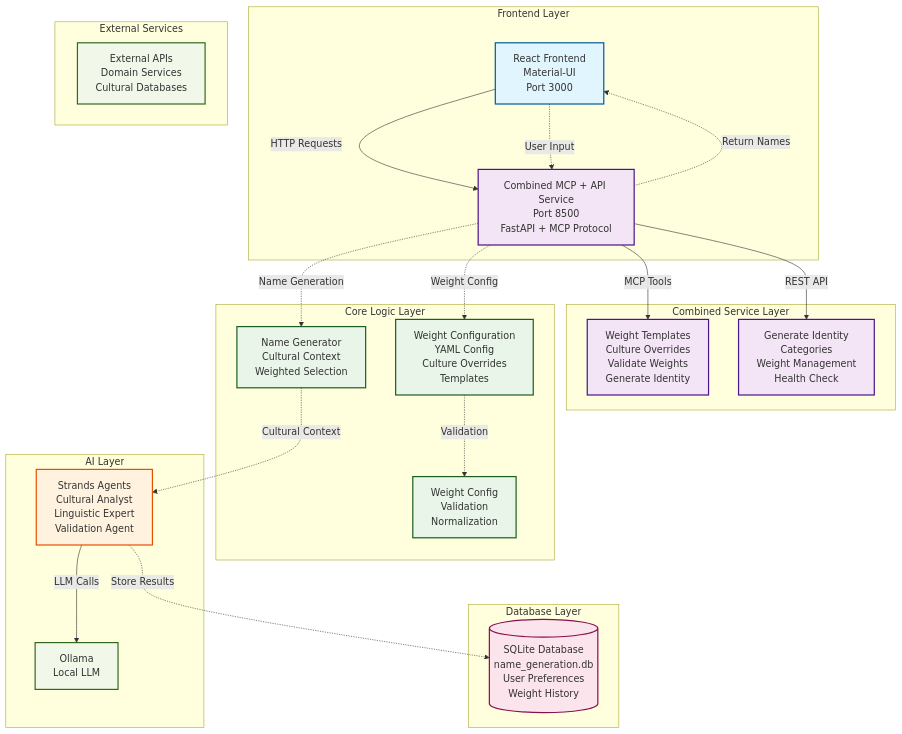
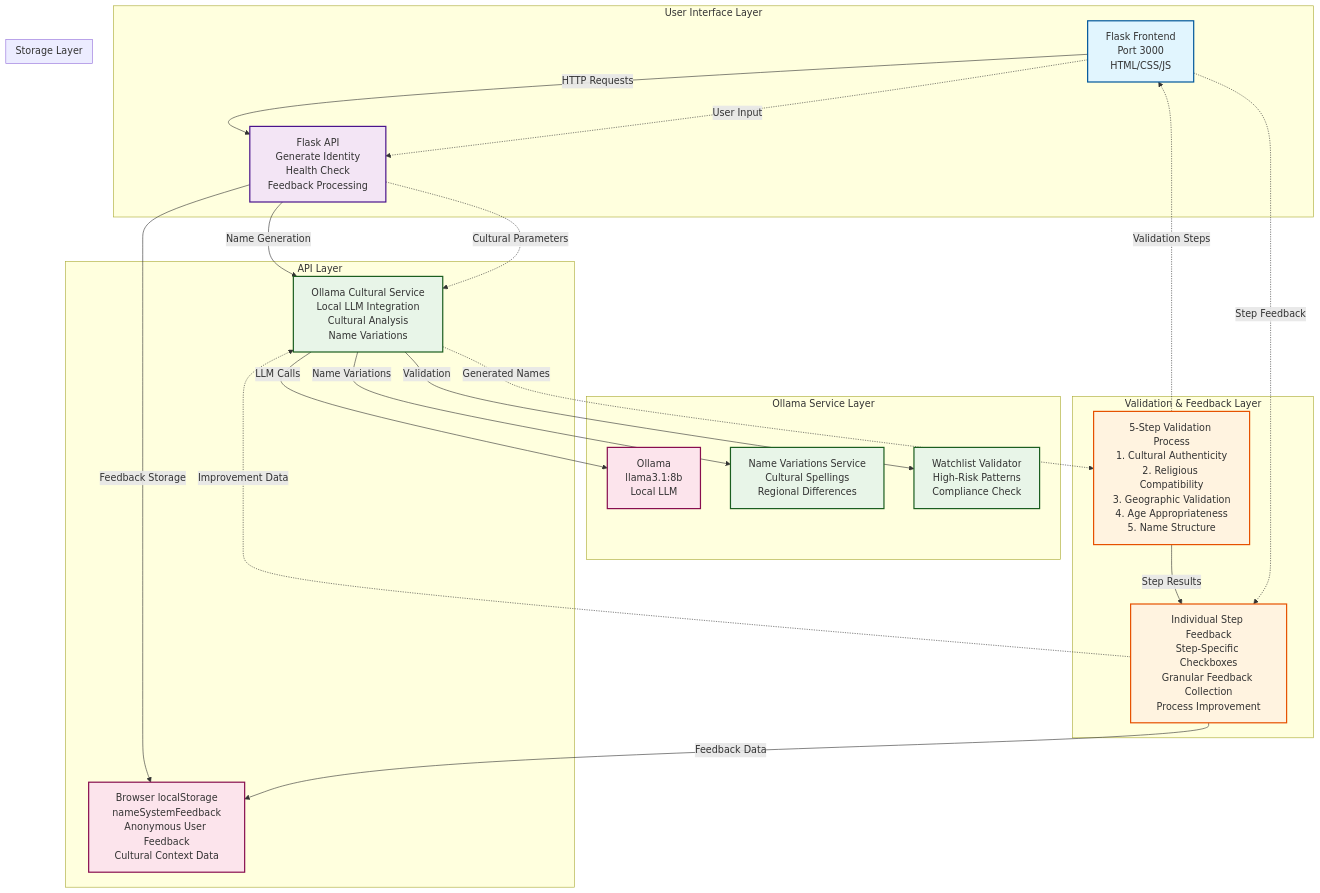
Before and after one commit to goagiq/NAME: the first of 4 diagrams in README.md, drawn with Mermaid. The commit also changed other lines of this file, not shown here.

First line of the commit message:
docs: Update README with comprehensive Mermaid diagrams for individual validation step feedback system

````diff
--- a/README.md
+++ b/README.md
@@ -7,63 +7,59 @@
 ```mermaid
 graph TB
-    %% Frontend Layer
-    subgraph "Frontend Layer"
-        UI[React Frontend<br/>Material-UI<br/>Port 3000]
-        UI -->|HTTP Requests| COMBINED
+    %% User Interface Layer
+    subgraph "User Interface Layer"
+        UI[Flask Frontend<br/>Port 3000<br/>HTML/CSS/JS]
+        UI -->|HTTP Requests| API
     end
     
-    %% Combined Service Layer
-    subgraph "Combined Service Layer"
-        COMBINED[Combined MCP + API Service<br/>Port 8500<br/>FastAPI + MCP Protocol]
-        COMBINED -->|MCP Tools| MCP_TOOLS[Weight Templates<br/>Culture Overrides<br/>Validate Weights<br/>Generate Identity]
-        COMBINED -->|REST API| API_ENDPOINTS[Generate Identity<br/>Categories<br/>Weight Management<br/>Health Check]
+    %% API Layer
+    subgraph "API Layer"
+        API[Flask API<br/>Generate Identity<br/>Health Check<br/>Feedback Processing]
+        API -->|Name Generation| OLLAMA_SERVICE
+        API -->|Feedback Storage| LOCAL_STORAGE
     end
     
-    %% Core Logic Layer
-    subgraph "Core Logic Layer"
-        WG[Weight Configuration<br/>YAML Config<br/>Culture Overrides<br/>Templates]
-        NG[Name Generator<br/>Cultural Context<br/>Weighted Selection]
-        WC[Weight Config<br/>Validation<br/>Normalization]
+    %% Ollama Service Layer
+    subgraph "Ollama Service Layer"
+        OLLAMA_SERVICE[Ollama Cultural Service<br/>Local LLM Integration<br/>Cultural Analysis<br/>Name Variations]
+        OLLAMA_SERVICE -->|LLM Calls| OLLAMA[Ollama<br/>llama3.1:8b<br/>Local LLM]
+        OLLAMA_SERVICE -->|Name Variations| NAME_VAR[Name Variations Service<br/>Cultural Spellings<br/>Regional Differences]
+        OLLAMA_SERVICE -->|Validation| WATCHLIST[Watchlist Validator<br/>High-Risk Patterns<br/>Compliance Check]
     end
     
-    %% AI Layer
-    subgraph "AI Layer"
-        SA[Strands Agents<br/>Cultural Analyst<br/>Linguistic Expert<br/>Validation Agent]
-        SA -->|LLM Calls| OLLAMA[Ollama<br/>Local LLM]
+    %% Validation & Feedback Layer
+    subgraph "Validation & Feedback Layer"
+        VALIDATION[5-Step Validation Process<br/>1. Cultural Authenticity<br/>2. Religious Compatibility<br/>3. Geographic Validation<br/>4. Age Appropriateness<br/>5. Name Structure]
+        
+        FEEDBACK[Individual Step Feedback<br/>Step-Specific Checkboxes<br/>Granular Feedback Collection<br/>Process Improvement]
+        
+        VALIDATION -->|Step Results| FEEDBACK
+        FEEDBACK -->|Feedback Data| LOCAL_STORAGE
     end
     
-    %% Database Layer
-    subgraph "Database Layer"
-        DB[(SQLite Database<br/>name_generation.db<br/>User Preferences<br/>Weight History)]
-    end
-    
-    %% External Services
-    subgraph "External Services"
-        OLLAMA
-        EXTERNAL[External APIs<br/>Domain Services<br/>Cultural Databases]
+    %% Storage Layer
+    subgraph "Storage Layer"
+        LOCAL_STORAGE[Browser localStorage<br/>nameSystemFeedback<br/>Anonymous User Feedback<br/>Cultural Context Data]
     end
     
     %% Data Flow
-    UI -.->|User Input| COMBINED
-    COMBINED -.->|Weight Config| WG
-    COMBINED -.->|Name Generation| NG
-    NG -.->|Cultural Context| SA
-    SA -.->|Store Results| DB
-    COMBINED -.->|Return Names| UI
-    WG -.->|Validation| WC
+    UI -.->|User Input| API
+    API -.->|Cultural Parameters| OLLAMA_SERVICE
+    OLLAMA_SERVICE -.->|Generated Names| VALIDATION
+    VALIDATION -.->|Validation Steps| UI
+    UI -.->|Step Feedback| FEEDBACK
+    FEEDBACK -.->|Improvement Data| OLLAMA_SERVICE
     
     %% Styling
-    classDef frontend fill:#e1f5fe,stroke:#01579b,stroke-width:2px
-    classDef combined fill:#f3e5f5,stroke:#4a148c,stroke-width:2px
-    classDef core fill:#e8f5e8,stroke:#1b5e20,stroke-width:2px
-    classDef ai fill:#fff3e0,stroke:#e65100,stroke-width:2px
-    classDef database fill:#fce4ec,stroke:#880e4f,stroke-width:2px
-    classDef external fill:#f1f8e9,stroke:#33691e,stroke-width:2px
+    classDef ui fill:#e1f5fe,stroke:#01579b,stroke-width:2px
+    classDef api fill:#f3e5f5,stroke:#4a148c,stroke-width:2px
+    classDef ollama fill:#e8f5e8,stroke:#1b5e20,stroke-width:2px
+    classDef validation fill:#fff3e0,stroke:#e65100,stroke-width:2px
+    classDef storage fill:#fce4ec,stroke:#880e4f,stroke-width:2px
     
-    class UI frontend
-    class COMBINED,MCP_TOOLS,API_ENDPOINTS combined
-    class WG,NG,WC core
-    class SA ai
-    class DB database
-    class OLLAMA,EXTERNAL external
+    class UI ui
+    class API api
+    class OLLAMA_SERVICE,NAME_VAR,WATCHLIST ollama
+    class VALIDATION,FEEDBACK validation
+    class LOCAL_STORAGE,OLLAMA storage
 ```
````
